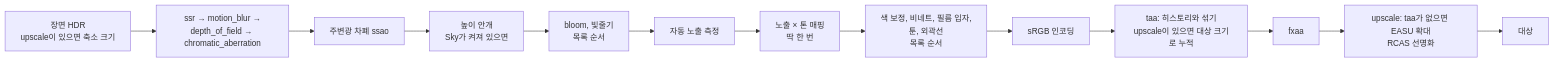
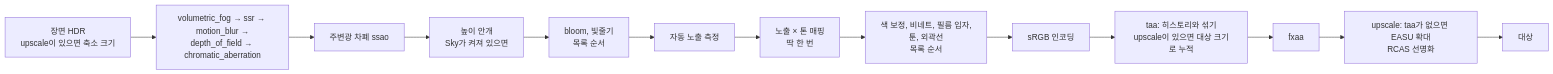
The third of 3 diagrams in docs/rendering-architecture.md (BeautyfullCastle/rust-ai-native-game-engine), drawn with Mermaid before and after one commit. The commit also changed other lines of this file and 2 other files, not shown here.

Commit message:
docs: describe volumetric fog

````diff
--- a/docs/rendering-architecture.md
+++ b/docs/rendering-architecture.md
@@ -185,15 +185,15 @@
 ```mermaid
 flowchart LR
-    A[장면 HDR<br/>upscale이 있으면 축소 크기] --> ST[ssr → motion_blur →<br/>depth_of_field → chromatic_aberration]
+    A[장면 HDR<br/>upscale이 있으면 축소 크기] --> ST[volumetric_fog → ssr → motion_blur →<br/>depth_of_field → chromatic_aberration]
     ST --> O[주변광 차폐 ssao]
     O --> F[높이 안개<br/>Sky가 켜져 있으면]
     F --> B[bloom, 빛줄기<br/>목록 순서]
     B --> X[자동 노출 측정]
     X --> E[노출 × 톤 매핑<br/>딱 한 번]
     E --> D[색 보정, 비네트, 필름 입자,<br/>툰, 외곽선<br/>목록 순서]
     D --> S[sRGB 인코딩]
     S --> TA[taa: 히스토리와 섞기<br/>upscale이 있으면 대상 크기로 누적]
     TA --> AA[fxaa]
     AA --> U[upscale: taa가 없으면 EASU 확대<br/>RCAS 선명화]
     U --> T[대상]
 ```
````
